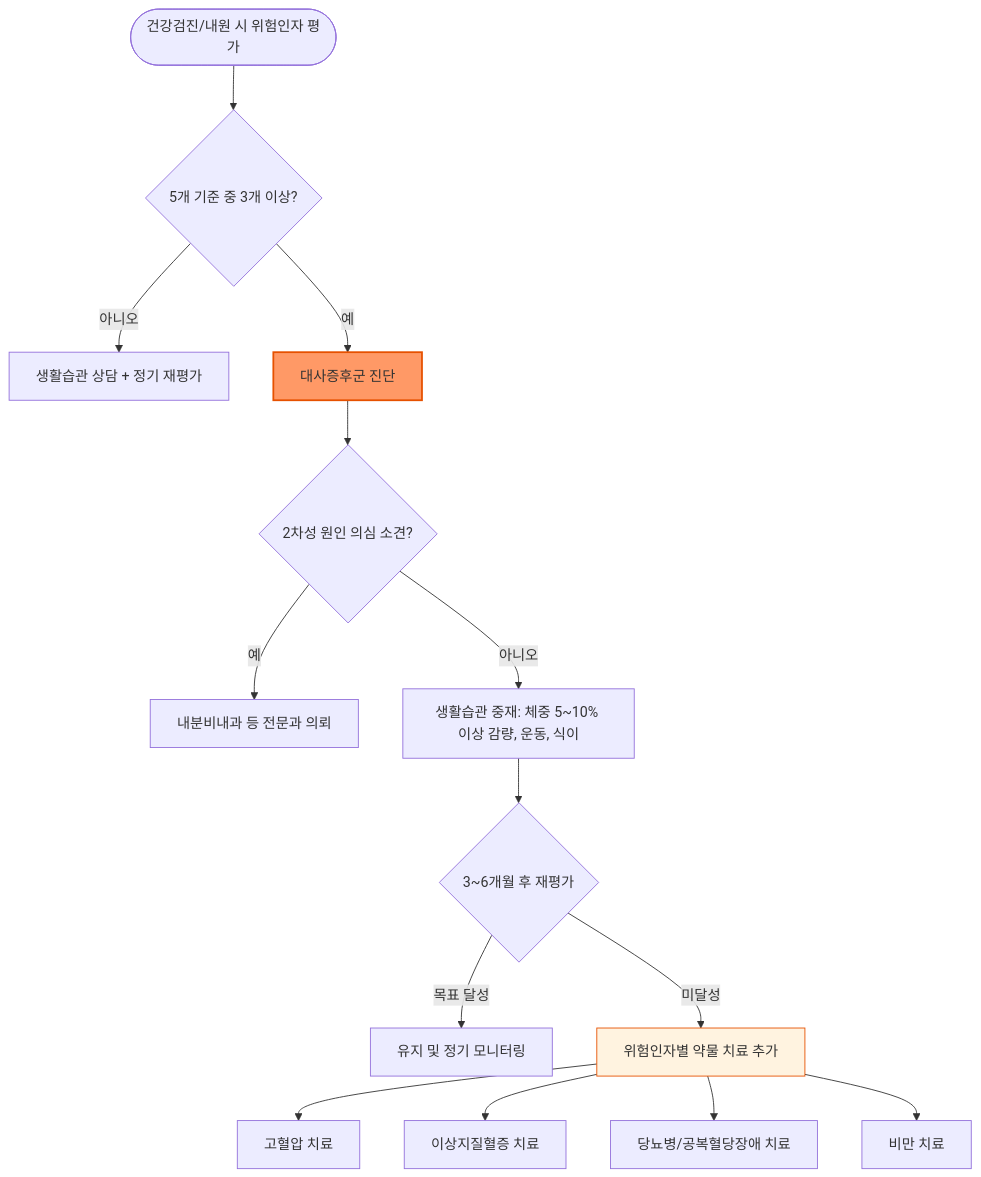
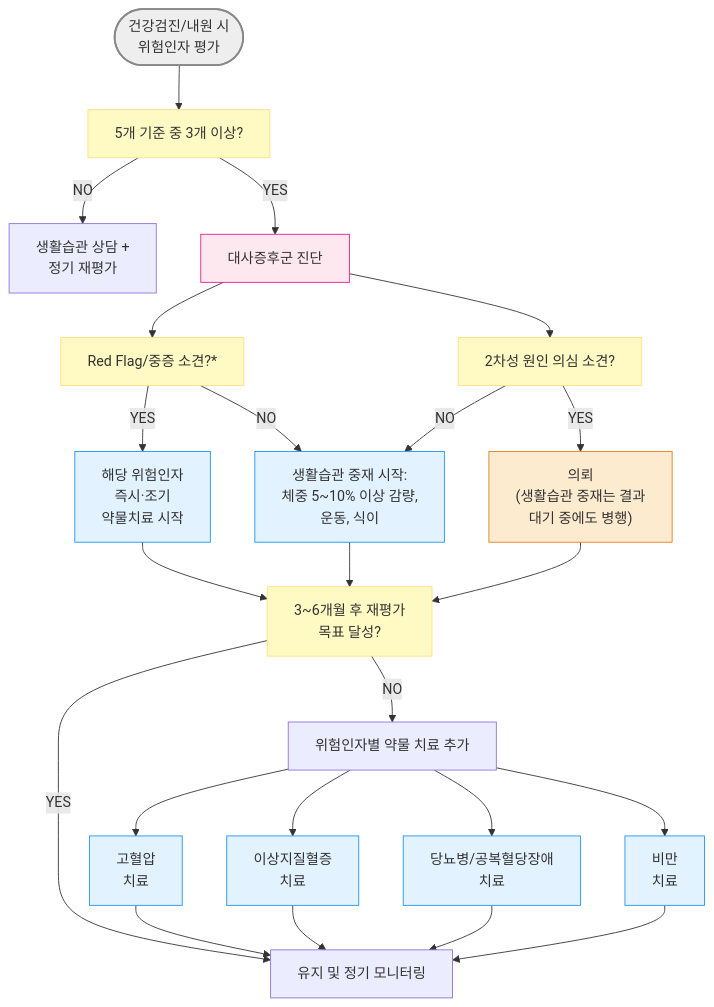
One commit to familyoh77/familyoh77 changed the diagram in 226_/104_-metabolic-syndrome.md. Above: the diagram before and after it, drawn with Mermaid.

Commit message:
GITBOOK-1187: No subject

````diff
--- a/226_/104_-metabolic-syndrome.md
+++ b/226_/104_-metabolic-syndrome.md
@@ -100,19 +100,32 @@
 ```mermaid
 graph TD
-    Start(["건강검진/내원 시 위험인자 평가"]) --> Criteria{"5개 기준 중 3개 이상?"}
-    Criteria -- "아니오" --> Monitor["생활습관 상담 + 정기 재평가"]
-    Criteria -- "예" --> Dx["대사증후군 진단"]
-    Dx --> Secondary{"2차성 원인 의심 소견?"}
-    Secondary -- "예" --> ReferEndo["내분비내과 등 전문과 의뢰"]
-    Secondary -- "아니오" --> Lifestyle["생활습관 중재: 체중 5~10% 이상 감량, 운동, 식이"]
-    Lifestyle --> Reassess{"3~6개월 후 재평가"}
-    Reassess -- "목표 달성" --> Maintain["유지 및 정기 모니터링"]
-    Reassess -- "미달성" --> Pharm["위험인자별 약물 치료 추가"]
-    Pharm --> HTNRx["고혈압 치료"]
-    Pharm --> LipidRx["이상지질혈증 치료"]
-    Pharm --> DMRx["당뇨병/공복혈당장애 치료"]
-    Pharm --> ObesityRx["비만 치료"]
-
-    style Dx fill:#f96,stroke:#e65100,stroke-width:2px
-    style Pharm fill:#fff3e0,stroke:#e65100
+    Start(["건강검진/내원 시 <br/>위험인자 평가"]) --> Criteria["5개 기준 중 3개 이상?"]
+    Criteria -- "NO" --> Monitor["생활습관 상담 + <br/>정기 재평가"]
+    Criteria -- "YES" --> Dx["대사증후군 진단"]
+    Dx --> Severity["Red Flag/중증 소견?*"]
+    Dx --> Secondary["2차성 원인 의심 소견?"]
+    Severity -- "YES" --> Urgent["해당 위험인자 <br/>즉시·조기 <br/>약물치료 시작"]
+    Severity -- "NO" --> Lifestyle["생활습관 중재 시작: <br/>체중 5~10% 이상 감량, <br/>운동, 식이"]
+    Secondary -- "YES" --> ReferEndo["의뢰<br/>(생활습관 중재는 결과 <br/>대기 중에도 병행)"]
+    Secondary -- "NO" --> Lifestyle
+    Urgent --> Reassess["3~6개월 후 재평가<br/>목표 달성?"]
+    Lifestyle --> Reassess
+    ReferEndo --> Reassess
+    Reassess -- "YES" --> Maintain["유지 및 정기 모니터링"]
+    Reassess -- "NO" --> Pharm["위험인자별 약물 치료 추가"]
+    Pharm --> HTNRx["고혈압 <br/>치료"]
+    Pharm --> LipidRx["이상지질혈증 <br/>치료"]
+    Pharm --> DMRx["당뇨병/공복혈당장애<br/> 치료"]
+    Pharm --> ObesityRx["비만 <br/>치료"]
+    HTNRx --> Maintain
+    LipidRx --> Maintain
+    DMRx --> Maintain
+    ObesityRx --> Maintain
+style Start fill:#eeeeee,stroke:#888888,stroke-width:2px
+classDef yellow fill:#fff9c4,stroke:#ffe082
+class Criteria,Severity,Secondary,Reassess yellow
+classDef sky fill:#e3f2ff,stroke:#2196f3
+class Urgent,Lifestyle,HTNRx,LipidRx,DMRx,ObesityRx sky
+style Dx fill:#fde8f0,stroke:#e91e8c
+style ReferEndo fill:#fdebd0,stroke:#e67e22
 ```
````
